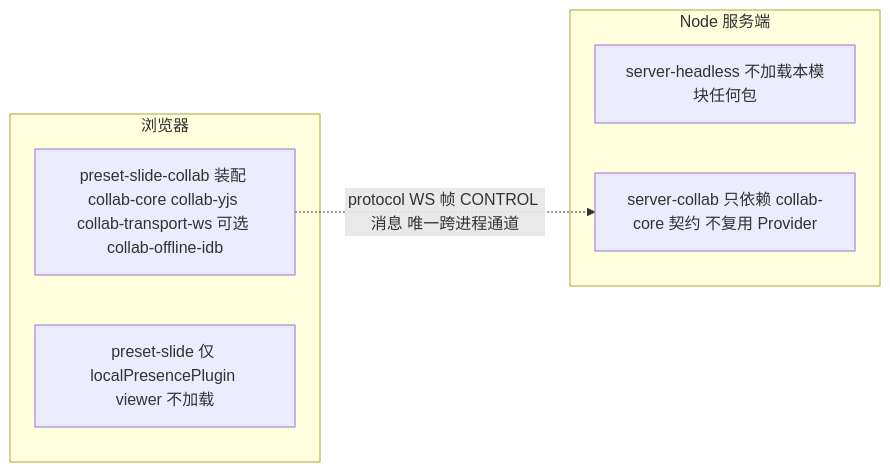
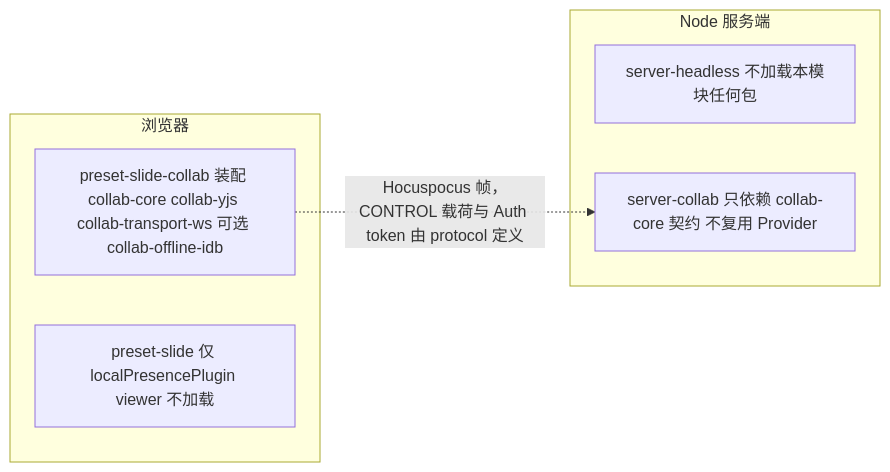
Before and after one commit to Xeonice/cordis-ppt-editor: the fourth of 6 diagrams in docs/40-modules/05-collaboration-client.md, drawn with Mermaid. The commit also changed other lines of this file and 78 other files, not shown here.

````diff
--- a/docs/40-modules/05-collaboration-client.md
+++ b/docs/40-modules/05-collaboration-client.md
@@ -659,12 +672,12 @@
 ```mermaid
 flowchart LR
   subgraph browserSide["浏览器"]
     fullFour["preset-slide-collab 装配 collab-core collab-yjs collab-transport-ws 可选 collab-offline-idb"]
     localPresence["preset-slide 仅 localPresencePlugin viewer 不加载"]
   end
   subgraph nodeSide["Node 服务端"]
     serverHeadless["server-headless 不加载本模块任何包"]
     serverCollab["server-collab 只依赖 collab-core 契约 不复用 Provider"]
   end
-  fullFour -. "protocol WS 帧 CONTROL 消息 唯一跨进程通道" .-> serverCollab
+  fullFour -. "Hocuspocus 帧，CONTROL 载荷与 Auth token 由 protocol 定义" .-> serverCollab
 ```
````
